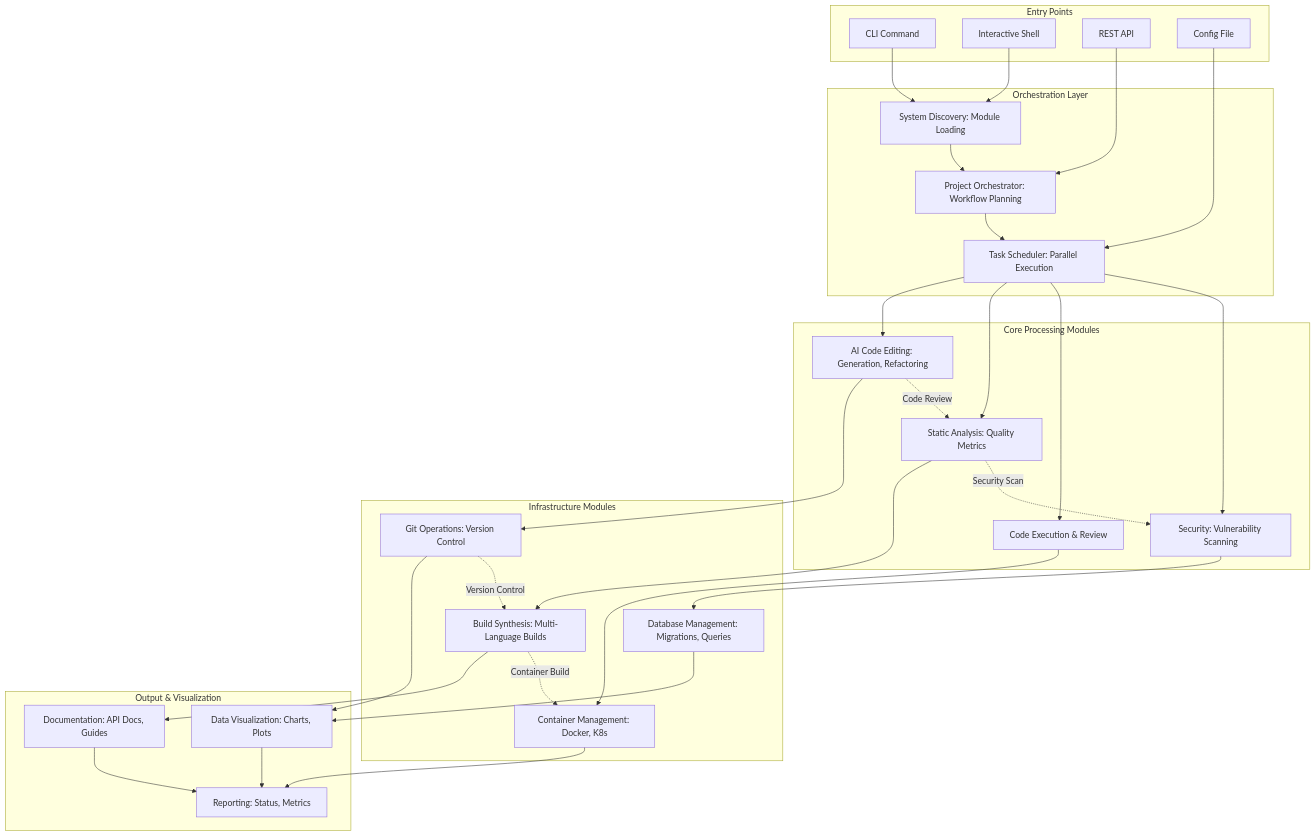
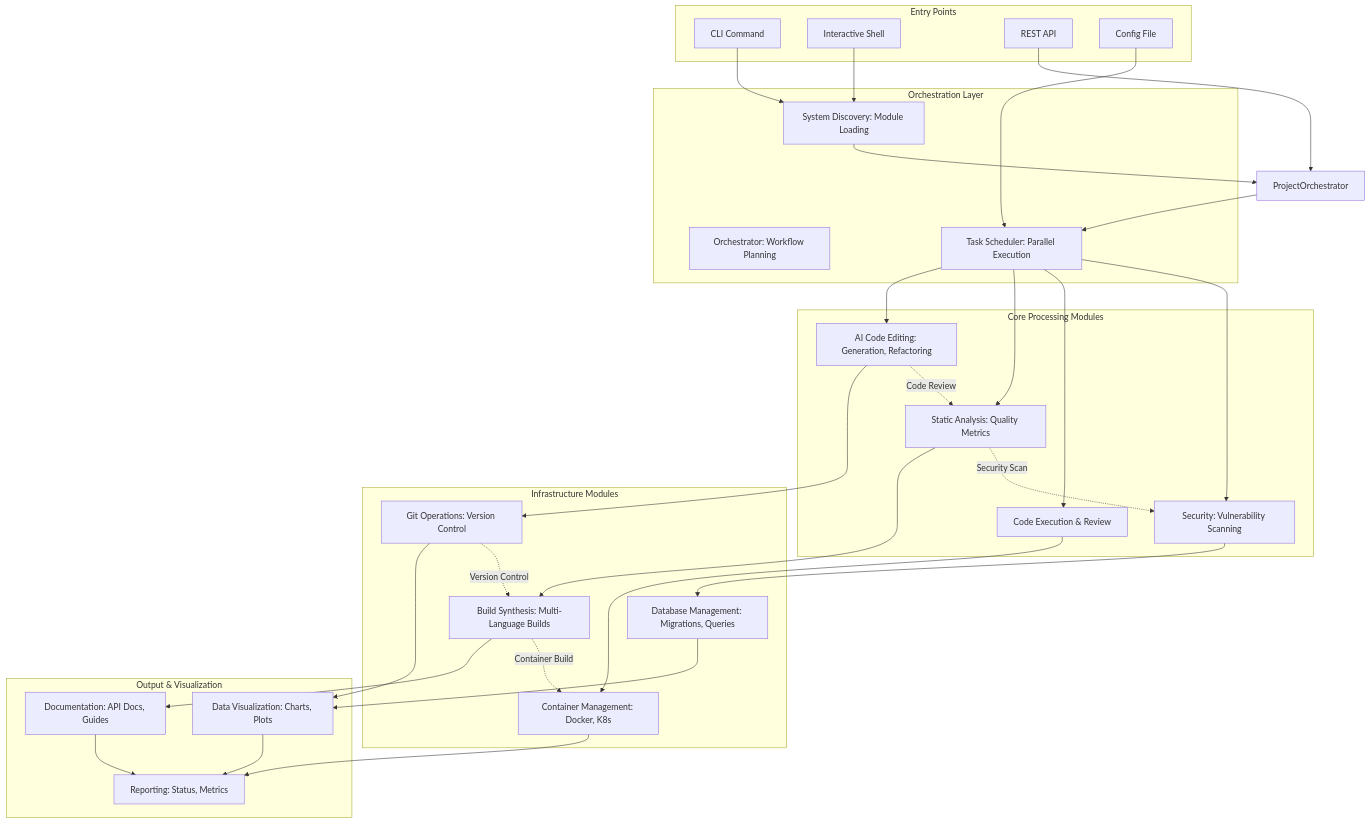
One commit to docxology/codomyrmex changed the ninth of 12 diagrams in README.md. Above: the diagram before and after it, drawn with Mermaid. The commit also changed other lines of this file and 1098 other files, not shown here.

````diff
--- a/README.md
+++ b/README.md
@@ -1132,67 +1167,67 @@
 ```mermaid
 graph TD
     subgraph entryPoints ["Entry Points"]
         CLI["CLI Command"]
         InteractiveShell["Interactive Shell"]
         APIEndpoint["REST API"]
         ConfigFile["Config File"]
     end
 
     subgraph orchestrationLayer ["Orchestration Layer"]
         SystemDiscovery["System Discovery: Module Loading"]
-        ProjectOrchestrator["Project Orchestrator: Workflow Planning"]
+        Orchestrator["Orchestrator: Workflow Planning"]
         TaskScheduler["Task Scheduler: Parallel Execution"]
     end
 
     subgraph coreProcessing ["Core Processing Modules"]
         AICode["AI Code Editing: Generation, Refactoring"]
         StaticAnalysis["Static Analysis: Quality Metrics"]
         Code["Code Execution & Review"]
         Security["Security: Vulnerability Scanning"]
     end
 
     subgraph infrastructureModules ["Infrastructure Modules"]
         GitOps["Git Operations: Version Control"]
         BuildSynth["Build Synthesis: Multi-Language Builds"]
         ContainerMgmt["Container Management: Docker, K8s"]
         DatabaseMgmt["Database Management: Migrations, Queries"]
     end
 
     subgraph outputVisualization ["Output & Visualization"]
         DataVisualization["Data Visualization: Charts, Plots"]
         Documentation["Documentation: API Docs, Guides"]
         Reporting["Reporting: Status, Metrics"]
     end
 
     CLI --> SystemDiscovery
     InteractiveShell --> SystemDiscovery
     APIEndpoint --> ProjectOrchestrator
     ConfigFile --> TaskScheduler
 
     SystemDiscovery --> ProjectOrchestrator
     ProjectOrchestrator --> TaskScheduler
 
     TaskScheduler --> AICode
     TaskScheduler --> StaticAnalysis
     TaskScheduler --> Code
     TaskScheduler --> Security
 
     AICode --> GitOps
     StaticAnalysis --> BuildSynth
     Code --> ContainerMgmt
     Security --> DatabaseMgmt
 
     GitOps --> DataVisualization
     BuildSynth --> Documentation
     ContainerMgmt --> Reporting
     DatabaseMgmt --> DataVisualization
 
     DataVisualization --> Reporting
     Documentation --> Reporting
 
     %% Cross-module dependencies
     AICode -.->|"Code Review"| StaticAnalysis
     StaticAnalysis -.->|"Security Scan"| Security
     BuildSynth -.->|"Container Build"| ContainerMgmt
     GitOps -.->|"Version Control"| BuildSynth
 ```
````
